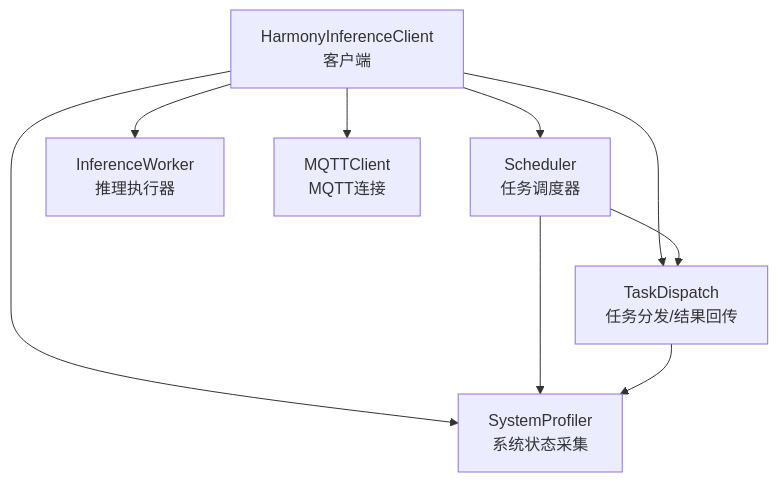
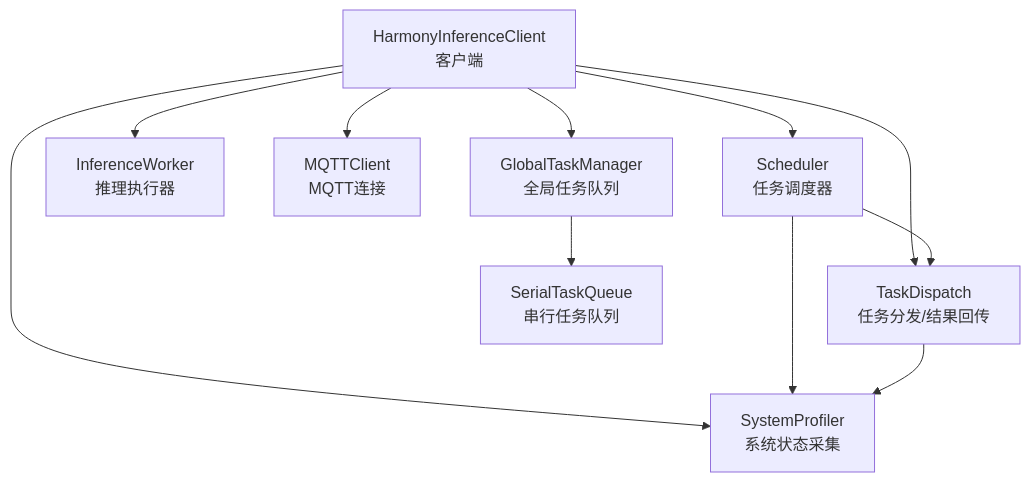
One commit to huo65/OH-Co3 changed the first of 6 diagrams in .qoder/repowiki/zh/content/API 参考文档/核心 API/HarmonyInferenceClient API.md. Above: the diagram before and after it, drawn with Mermaid. The commit also changed other lines of this file and 6 other files, not shown here.

````diff
--- a/.qoder/repowiki/zh/content/API 参考文档/核心 API/HarmonyInferenceClient API.md
+++ b/.qoder/repowiki/zh/content/API 参考文档/核心 API/HarmonyInferenceClient API.md
@@ -37,11 +51,13 @@
 ```mermaid
 graph TB
 Client["HarmonyInferenceClient<br/>客户端"] --> Sched["Scheduler<br/>任务调度器"]
 Client --> Prof["SystemProfiler<br/>系统状态采集"]
 Client --> Worker["InferenceWorker<br/>推理执行器"]
 Client --> MQTT["MQTTClient<br/>MQTT连接"]
 Client --> Broker["TaskDispatch<br/>任务分发/结果回传"]
+Client --> GQueue["GlobalTaskManager<br/>全局任务队列"]
+GQueue --> Queue["SerialTaskQueue<br/>串行任务队列"]
 Sched --> Prof
 Sched --> Broker
 Broker --> Prof
 ```
````
